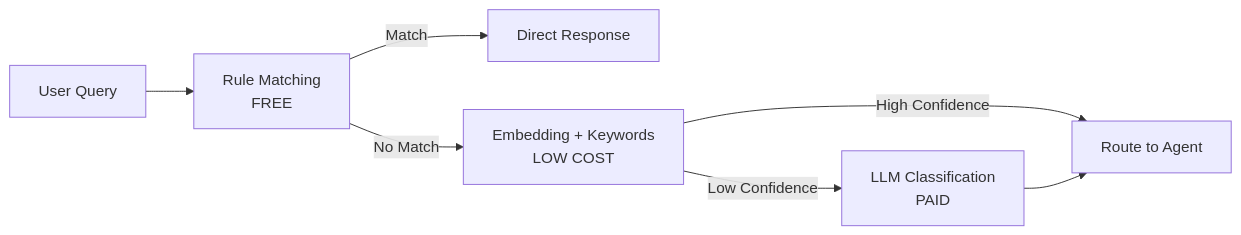
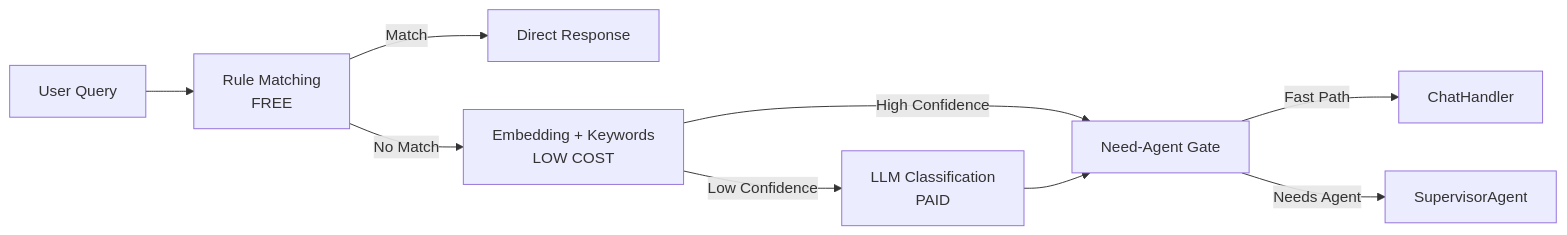
One commit to kkkano/FinSight changed the second of 3 diagrams in readme.md. Above: the diagram before and after it, drawn with Mermaid. The commit also changed other lines of this file and 69 other files, not shown here.

````diff
--- a/readme.md
+++ b/readme.md
@@ -155,9 +180,11 @@
 ```mermaid
 flowchart LR
     Input[User Query] --> Rule[Rule Matching<br/>FREE]
     Rule -->|Match| Direct[Direct Response]
     Rule -->|No Match| Embed[Embedding + Keywords<br/>LOW COST]
-    Embed -->|High Confidence| Agent[Route to Agent]
+    Embed -->|High Confidence| Gate[Need-Agent Gate]
     Embed -->|Low Confidence| LLM[LLM Classification<br/>PAID]
-    LLM --> Agent
+    LLM --> Gate
+    Gate -->|Fast Path| Chat[ChatHandler]
+    Gate -->|Needs Agent| Agent[SupervisorAgent]
 ```
````
